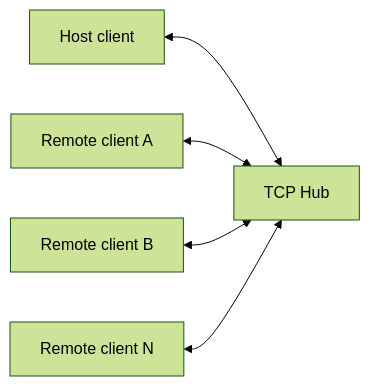
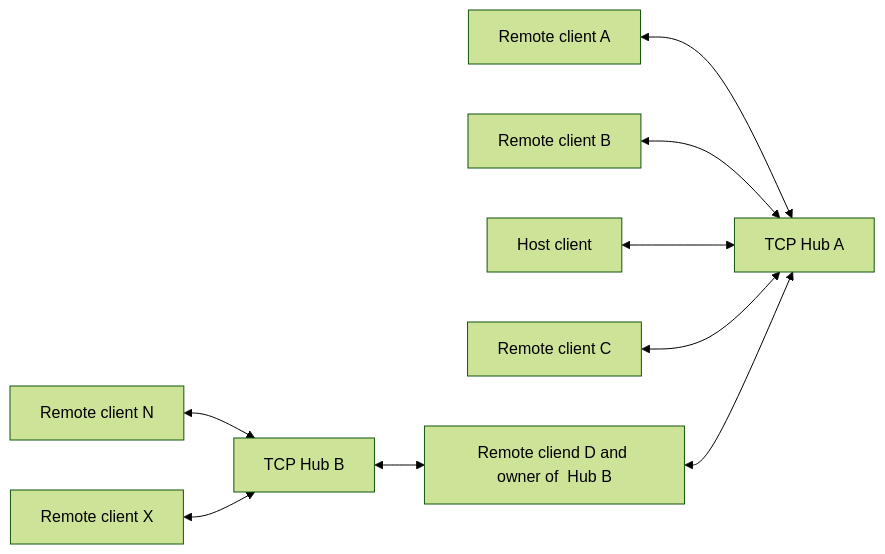
Before and after one commit to alextmsv/TcpTunnel: the diagram in README.md, drawn with Mermaid (forest theme). The commit also changed other lines of this file, not shown here.

````diff
--- a/README.md
+++ b/README.md
@@ -66,7 +66,10 @@
 ```mermaid
 flowchart LR
-    Host["Host client"] <--> Hub["TCP Hub"]
-    ClientA["Remote client A"] <--> Hub
-    ClientB["Remote client B"] <--> Hub
-    ClientN["Remote client N"] <--> Hub
+    ClientA["Remote client A"] <--> HubA
+    ClientB["Remote client B"] <--> HubA
+    Host["Host client"] <--> HubA["TCP Hub A"]
+    ClientC["Remote client C"] <--> HubA
+    HubB["TCP Hub B"] <--> ClientD["Remote cliend D and owner of  Hub B"] <--> HubA
+    ClientN["Remote client N"] <--> HubB
+    ClientX["Remote client X"] <--> HubB
 ```
````
